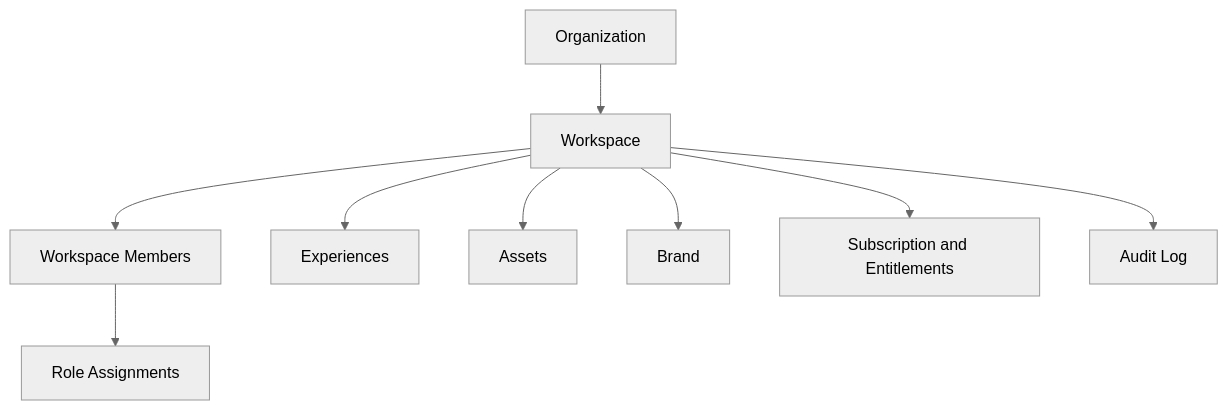
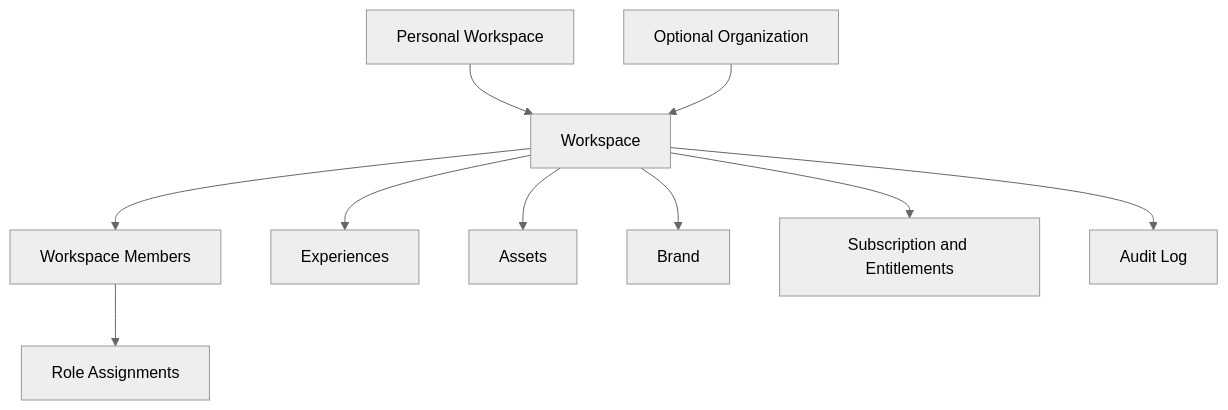
The diagram in release-1-specification/07-workspace-and-organization-model.md (MPRO9projects/ScanStory-Production), drawn with Mermaid (neutral theme) before and after one commit. The commit also changed other lines of this file and 31 other files, not shown here.

````diff
--- a/release-1-specification/07-workspace-and-organization-model.md
+++ b/release-1-specification/07-workspace-and-organization-model.md
@@ -13,11 +17,12 @@
 ```mermaid
 flowchart TD
-  Org[Organization] --> Ws[Workspace]
+  Personal[Personal Workspace] --> Ws[Workspace]
+  Org[Optional Organization] --> Ws
   Ws --> Member[Workspace Members]
   Member --> Role[Role Assignments]
   Ws --> Exp[Experiences]
   Ws --> Assets[Assets]
   Ws --> Brand[Brand]
   Ws --> Billing[Subscription and Entitlements]
   Ws --> Audit[Audit Log]
 ```
````
